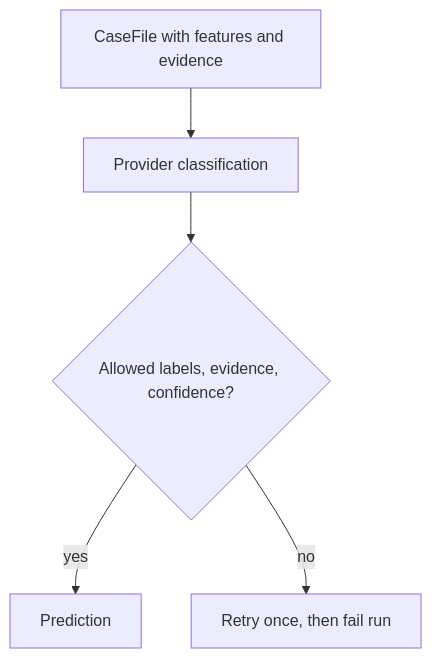
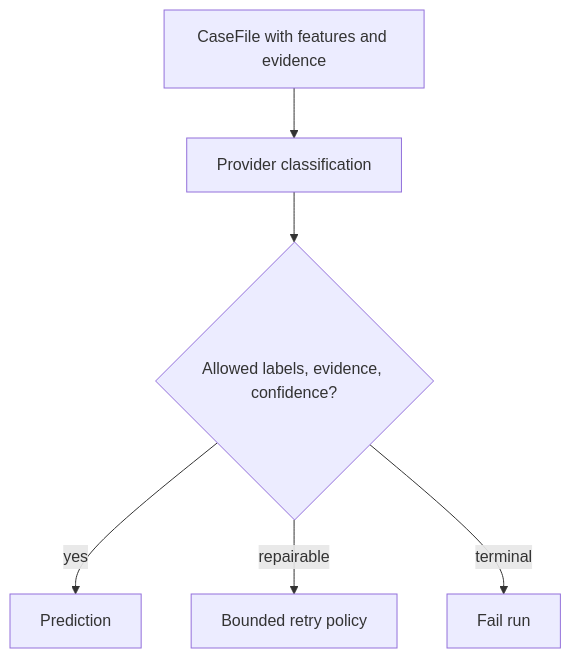
Before and after one commit to shiva-reddy-1001/whatsapp-notification-router: the third of 7 diagrams in ARCHITECTURE.md, drawn with Mermaid. The commit also changed other lines of this file and 20 other files, not shown here.

````diff
--- a/ARCHITECTURE.md
+++ b/ARCHITECTURE.md
@@ -78,7 +87,8 @@
 ```mermaid
 flowchart TD
     S["CaseFile with features and evidence"] --> P["Provider classification"]
     P --> V{"Allowed labels, evidence, confidence?"}
     V -->|"yes"| O["Prediction"]
-    V -->|"no"| E["Retry once, then fail run"]
+    V -->|"repairable"| E["Bounded retry policy"]
+    V -->|"terminal"| Z["Fail run"]
 ```
````
